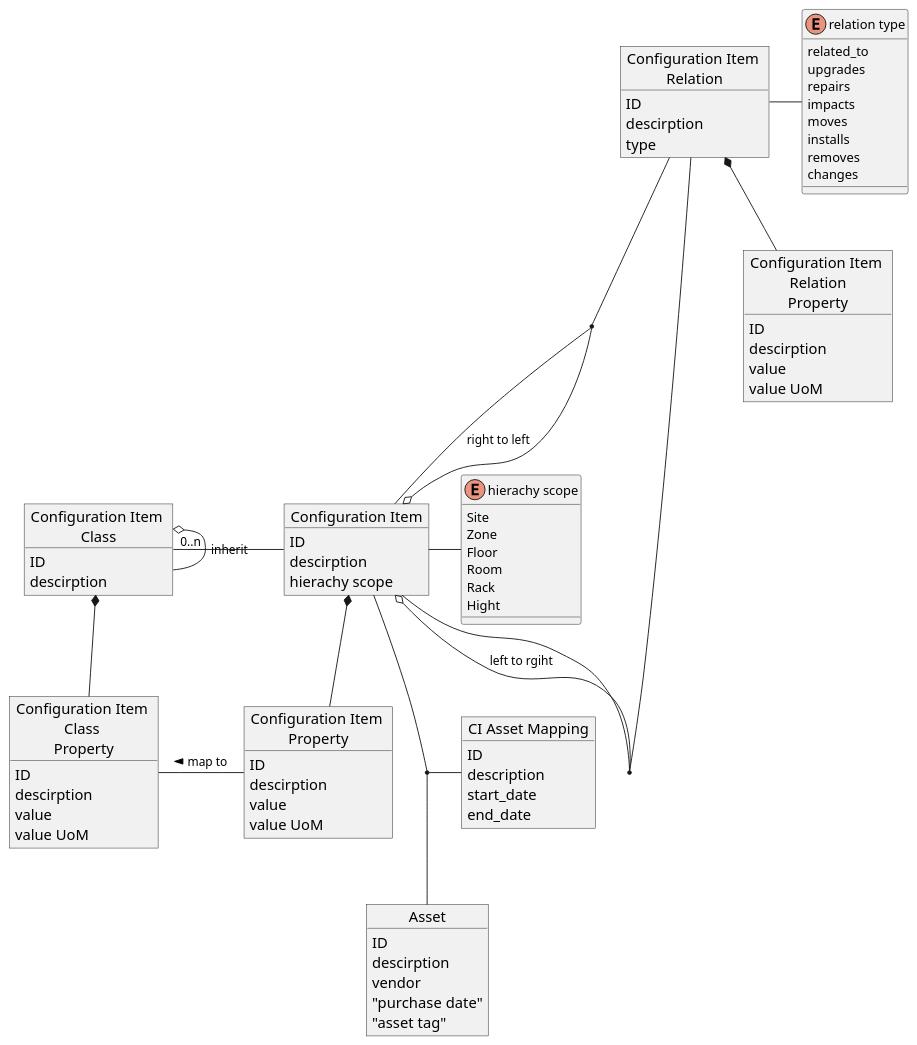
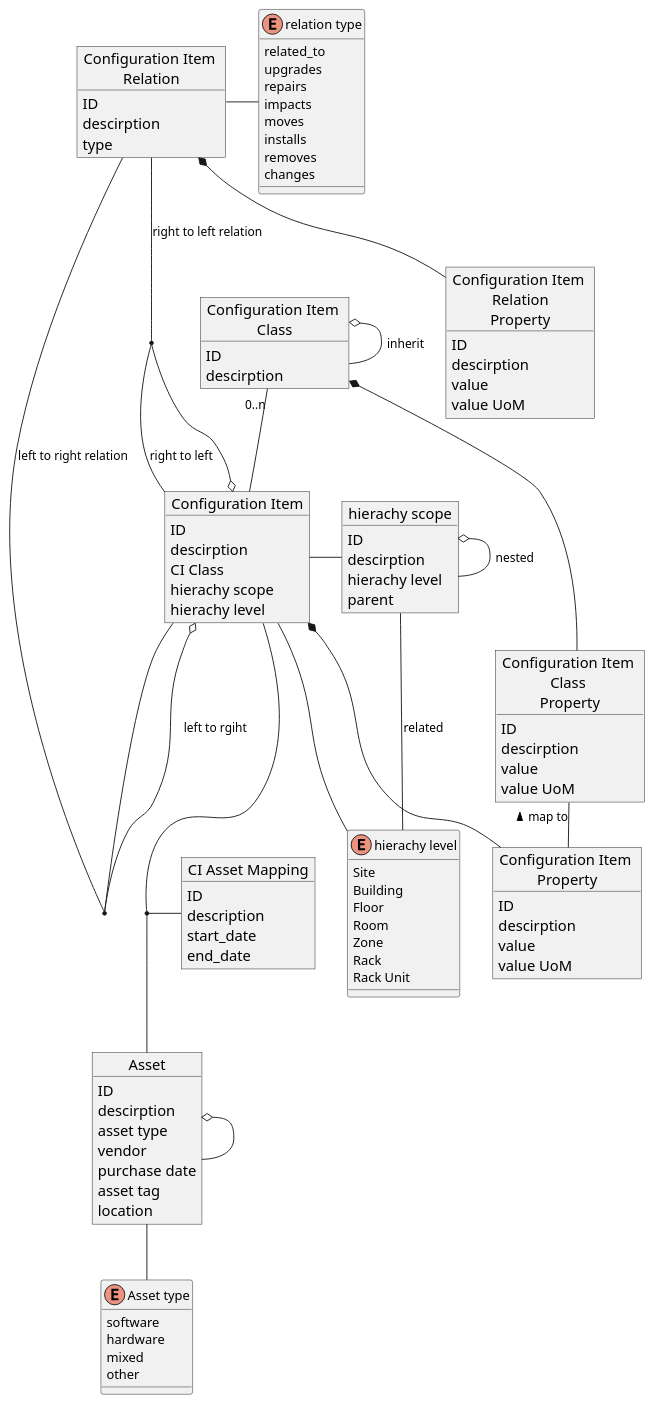
Before and after one commit to ITSM-Odoo/itsm: the diagram in doc/uml/cmdb.plantuml, drawn with PlantUML. The commit also changed 3 other files, not shown here.

Commit message:
更新cmdb uml

```diff
--- a/doc/uml/cmdb.plantuml
+++ b/doc/uml/cmdb.plantuml
@@ -2,94 +2,117 @@
 @startuml
 
 skinparam ObjectFontSize 18
 skinparam ObjectAttributeFontSize 16
 
 object "Configuration Item \nClass" as ci_class {
     ID
     descirption
 
 }
 object "Configuration Item \nClass \nProperty" as ci_class_prop {
     ID
     descirption
     value
     value UoM
 }
 object "Configuration Item \nProperty" as ci_prop {
     ID
     descirption
     value
     value UoM
 }
 object "Configuration Item \nRelation" as ci_rel {
     ID
     descirption
     type
 
 }
 object "Configuration Item \nRelation\nProperty" as ci_rel_prop {
     ID
     descirption
     value
     value UoM
 }
 
 object "Configuration Item"  as ci   {
-
     ID
     descirption
+    CI Class
     hierachy scope
+    hierachy level
 }
 
-enum "hierachy scope" as h_scope {
-    Site 
-    Zone
+object "hierachy scope" as h_scope {
+    ID
+    descirption
+    hierachy level
+    parent
+}
+
+enum "hierachy level" as h_level {
+    Site
+    Building
     Floor
     Room
+    Zone
     Rack 
-    Hight
+    Rack Unit
 }
 
 enum "relation type" as rel_type {
     related_to
     upgrades
     repairs
     impacts
     moves
     installs
     removes
     changes
 
 }
 
 object Asset {
     ID
     descirption
+    asset type
     vendor
-    "purchase date"
-    "asset tag"
+    purchase date
+    asset tag
+    location
+}
+
+enum "Asset type" {
+    software
+    hardware
+    mixed
+    other
 }
 
 object "CI Asset Mapping" as ci_asset_mapping {
     ID
     description
     start_date
     end_date
 }
 
-ci_class o- ci_class  : inherit
-ci_class  "0..n"- ci
+ci_class o-- ci_class  : inherit
+ci_class  "0..n"-- ci
 ci_class *--   ci_class_prop
 ci *-- ci_prop
+ci - h_level
 ci_class_prop  -   ci_prop : map to <
 ci - h_scope
-ci_rel - rel_type
+h_scope o-- h_scope : nested
+h_scope -- h_level : related
 ci o-- ci  : left to rgiht
 ci --o ci  : right to left
-(ci,ci) -  ci_rel
-(ci,ci) -  ci_rel
+(ci,ci) --  ci_rel :right to left relation
+(ci,ci) --  ci_rel :left to right relation
 ci_rel *-- ci_rel_prop
+ci_rel - rel_type
 (ci, Asset) -- ci_asset_mapping
+Asset o-- Asset
+Asset -- "Asset type"
 
 
 @enduml
```
